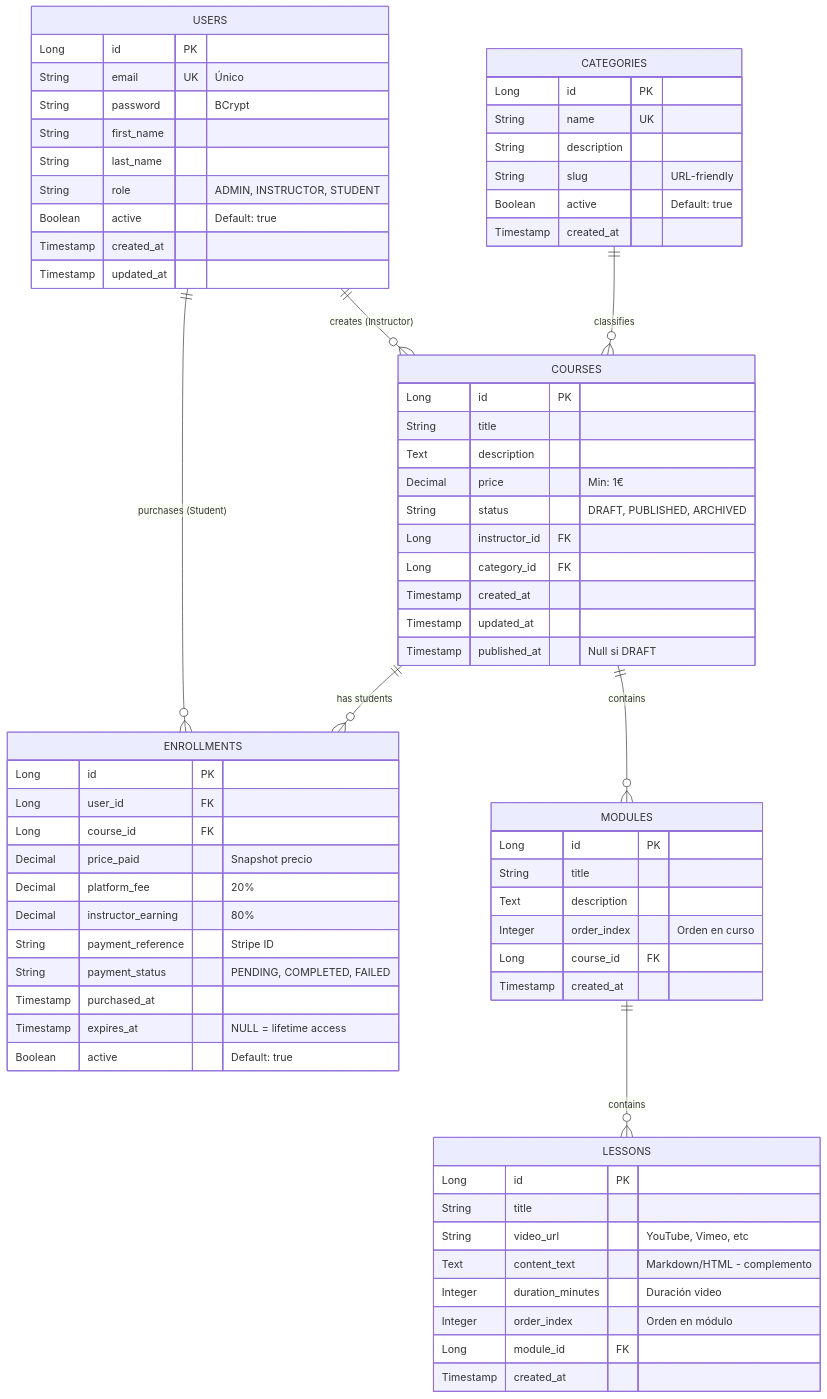
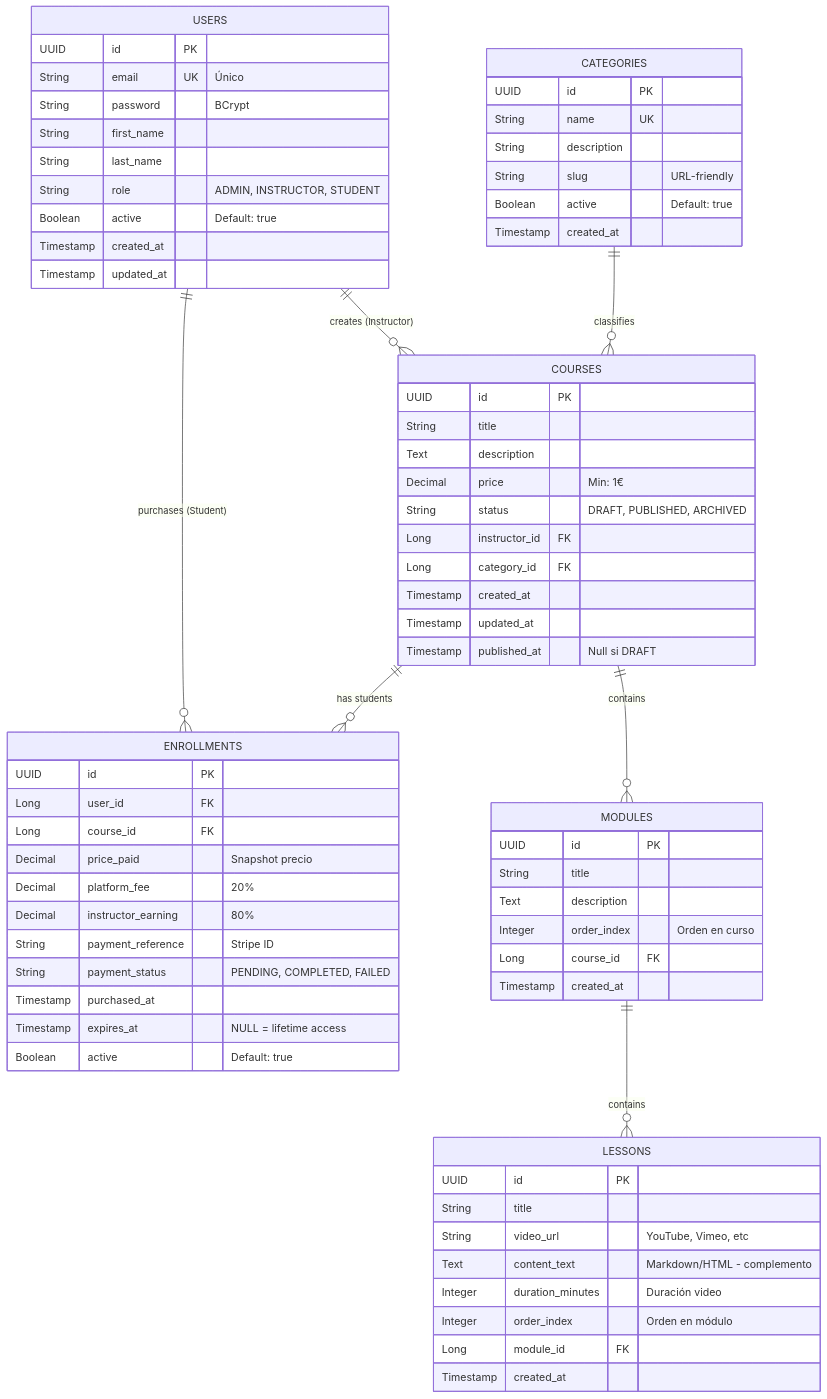
Before and after one commit to AlexIzquierdo21/elearning-platform: the diagram in FUNCTIONAL.md, drawn with Mermaid. The commit also changed 1 other file, not shown here.

Commit message:
Add CategoryId VO

````diff
--- a/FUNCTIONAL.md
+++ b/FUNCTIONAL.md
@@ -85,77 +85,77 @@
 ```mermaid
 erDiagram
     USERS ||--o{ COURSES : "creates (Instructor)"
     USERS ||--o{ ENROLLMENTS : "purchases (Student)"
     CATEGORIES ||--o{ COURSES : "classifies"
     COURSES ||--o{ MODULES : "contains"
     MODULES ||--o{ LESSONS : "contains"
     COURSES ||--o{ ENROLLMENTS : "has students"
     
     USERS {
-        Long id PK
+        UUID id PK
         String email UK "Único"
         String password "BCrypt"
         String first_name
         String last_name
         String role "ADMIN, INSTRUCTOR, STUDENT"
         Boolean active "Default: true"
         Timestamp created_at
         Timestamp updated_at
     }
 
     CATEGORIES {
-        Long id PK
+        UUID id PK
         String name UK
         String description
         String slug "URL-friendly"
         Boolean active "Default: true"
         Timestamp created_at
     }
 
     COURSES {
-        Long id PK
+        UUID id PK
         String title
         Text description
         Decimal price "Min: 1€"
         String status "DRAFT, PUBLISHED, ARCHIVED"
         Long instructor_id FK
         Long category_id FK
         Timestamp created_at
         Timestamp updated_at
         Timestamp published_at "Null si DRAFT"
     }
 
     MODULES {
-        Long id PK
+        UUID id PK
         String title
         Text description
         Integer order_index "Orden en curso"
         Long course_id FK
         Timestamp created_at
     }
 
     LESSONS {
-        Long id PK
+        UUID id PK
         String title
         String video_url "YouTube, Vimeo, etc"
         Text content_text "Markdown/HTML - complemento"
         Integer duration_minutes "Duración video"
         Integer order_index "Orden en módulo"
         Long module_id FK
         Timestamp created_at
     }
 
     ENROLLMENTS {
-        Long id PK
+        UUID id PK
         Long user_id FK
         Long course_id FK
         Decimal price_paid "Snapshot precio"
         Decimal platform_fee "20%"
         Decimal instructor_earning "80%"
         String payment_reference "Stripe ID"
         String payment_status "PENDING, COMPLETED, FAILED"
         Timestamp purchased_at
         Timestamp expires_at "NULL = lifetime access"
         Boolean active "Default: true"
     }
 ```
````
